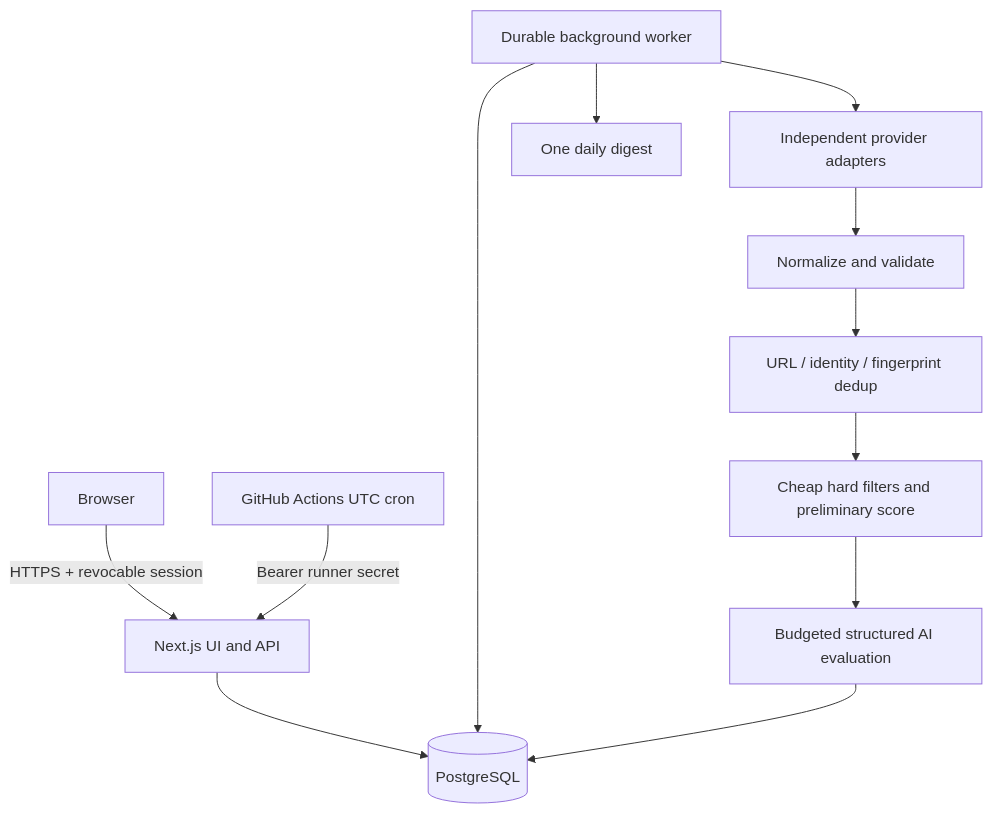
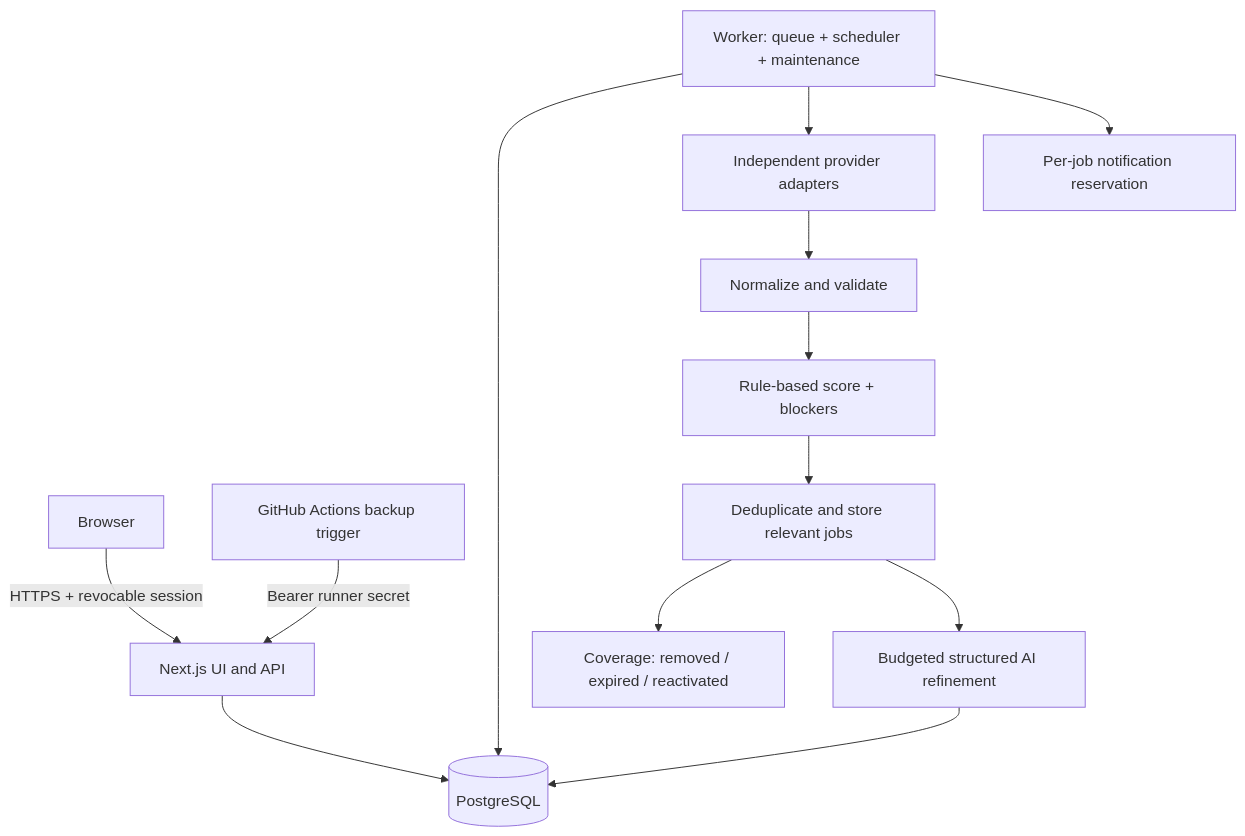
The diagram in docs/ARCHITECTURE.md (JenohJOHNSON/AI-Job-Search), drawn with Mermaid before and after one commit. The commit also changed other lines of this file and 12 other files, not shown here.

````diff
--- a/docs/ARCHITECTURE.md
+++ b/docs/ARCHITECTURE.md
@@ -5,14 +5,15 @@
 ```mermaid
 flowchart TD
   Browser -->|HTTPS + revocable session| Web[Next.js UI and API]
-  Actions[GitHub Actions UTC cron] -->|Bearer runner secret| Web
+  Actions[GitHub Actions backup trigger] -->|Bearer runner secret| Web
   Web --> DB[(PostgreSQL)]
-  Worker[Durable background worker] --> DB
+  Worker[Worker: queue + scheduler + maintenance] --> DB
   Worker --> Registry[Independent provider adapters]
   Registry --> Normalize[Normalize and validate]
-  Normalize --> Dedup[URL / identity / fingerprint dedup]
-  Dedup --> Filter[Cheap hard filters and preliminary score]
-  Filter --> AI[Budgeted structured AI evaluation]
+  Normalize --> Score[Rule-based score + blockers]
+  Score --> Store[Deduplicate and store relevant jobs]
+  Store --> Reconcile[Coverage: removed / expired / reactivated]
+  Store --> AI[Budgeted structured AI refinement]
   AI --> DB
-  Worker --> Digest[One daily digest]
+  Worker --> Digest[Per-job notification reservation]
 ```
````
